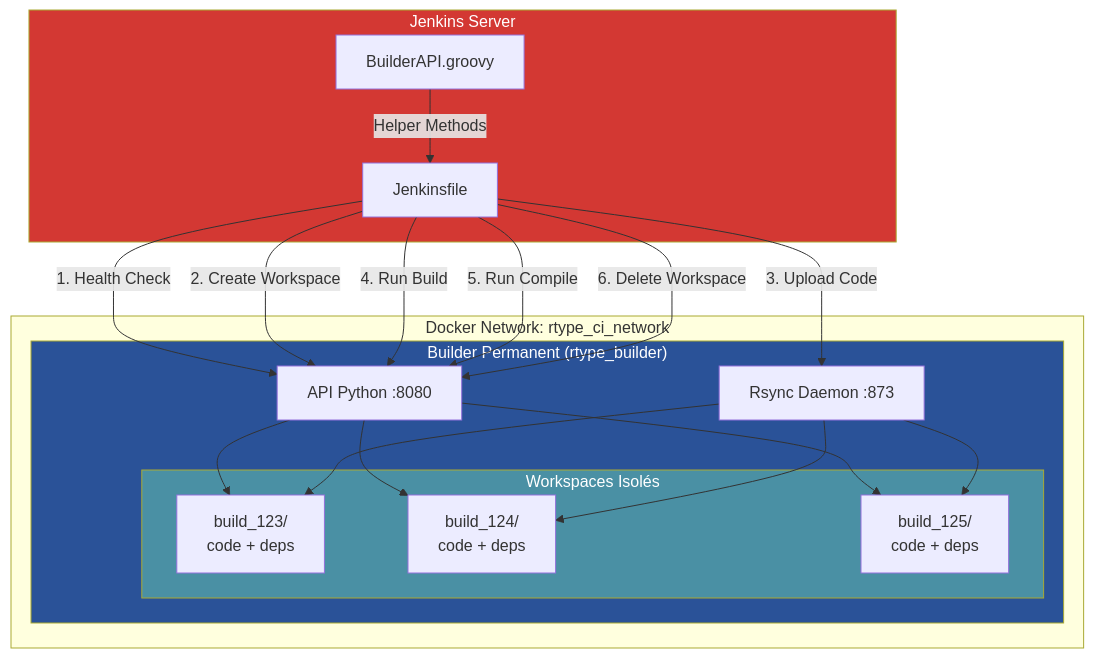
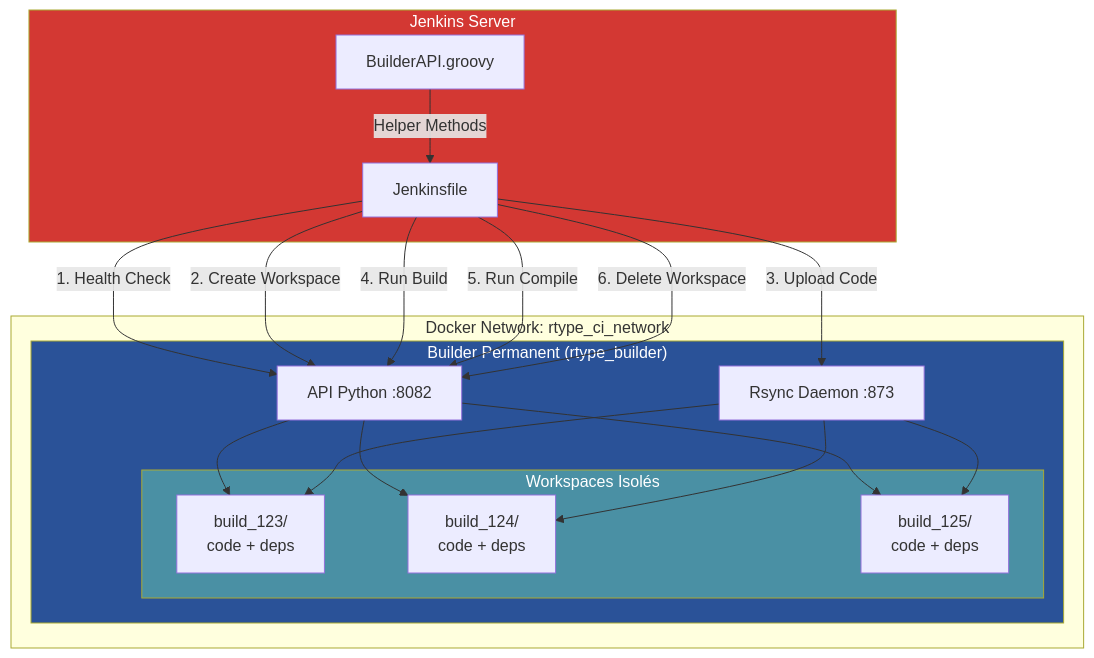
One commit to ChrisG-L/rtype changed the first of 6 diagrams in docs/development/ci-cd.md. Above: the diagram before and after it, drawn with Mermaid. The commit also changed other lines of this file and 14 other files, not shown here.

````diff
--- a/docs/development/ci-cd.md
+++ b/docs/development/ci-cd.md
@@ -29,40 +29,40 @@
 ```mermaid
 graph TB
     subgraph Jenkins["Jenkins Server"]
         JF[Jenkinsfile]
         BA[BuilderAPI.groovy]
     end
 
     subgraph DockerNetwork["Docker Network: rtype_ci_network"]
         subgraph Builder["Builder Permanent (rtype_builder)"]
-            API[API Python :8080]
+            API[API Python :8082]
             RSYNC[Rsync Daemon :873]
 
             subgraph Workspaces["Workspaces Isolés"]
                 WS1[build_123/<br/>code + deps]
                 WS2[build_124/<br/>code + deps]
                 WS3[build_125/<br/>code + deps]
             end
 
             API --> WS1
             API --> WS2
             API --> WS3
             RSYNC --> WS1
             RSYNC --> WS2
             RSYNC --> WS3
         end
     end
 
     JF -->|1. Health Check| API
     JF -->|2. Create Workspace| API
     JF -->|3. Upload Code| RSYNC
     JF -->|4. Run Build| API
     JF -->|5. Run Compile| API
     JF -->|6. Delete Workspace| API
 
     BA -->|Helper Methods| JF
 
     style Builder fill:#2a5298,color:#fff
     style Jenkins fill:#d33833,color:#fff
     style Workspaces fill:#4a90a4,color:#fff
 ```
````
